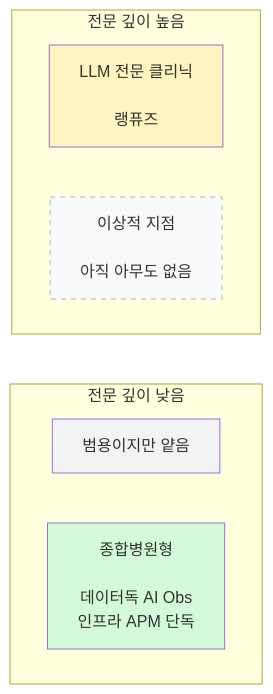
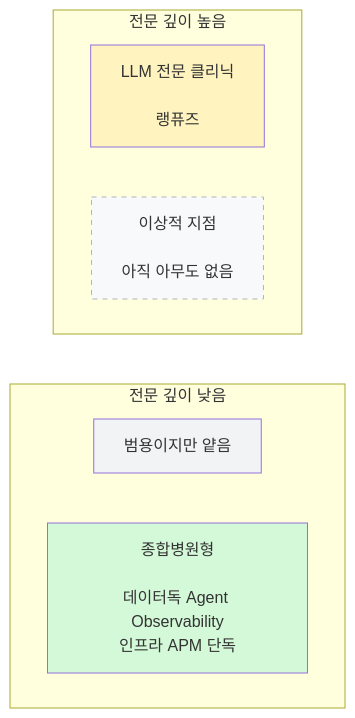
The first of 2 diagrams in _posts/2026-07/2026-07-22-datadog-study-03-langfuse-vs-datadog.md (kimmand0o0/kimmand0o0.github.io), drawn with Mermaid before and after one commit. The commit also changed other lines of this file and 3 other files, not shown here.

````diff
--- a/_posts/2026-07/2026-07-22-datadog-study-03-langfuse-vs-datadog.md
+++ b/_posts/2026-07/2026-07-22-datadog-study-03-langfuse-vs-datadog.md
@@ -37,20 +37,20 @@
 ```mermaid
 flowchart TB
     subgraph TOP["전문 깊이 높음"]
         direction LR
         Q2["LLM 전문 클리닉<br/><br/>랭퓨즈"]
         Q1["이상적 지점<br/><br/>아직 아무도 없음"]
     end
     subgraph BOTTOM["전문 깊이 낮음"]
         direction LR
         Q3["범용이지만 얕음"]
-        Q4["종합병원형<br/><br/>데이터독 AI Obs<br/>인프라 APM 단독"]
+        Q4["종합병원형<br/><br/>데이터독 Agent Observability<br/>인프라 APM 단독"]
     end
     Q2 ~~~ Q3
     Q1 ~~~ Q4
 
     style Q1 fill:#f8f9fa,stroke:#adb5bd,stroke-dasharray: 5 5
     style Q2 fill:#fff3bf
     style Q3 fill:#f1f3f5
     style Q4 fill:#d3f9d8
 ```
````
